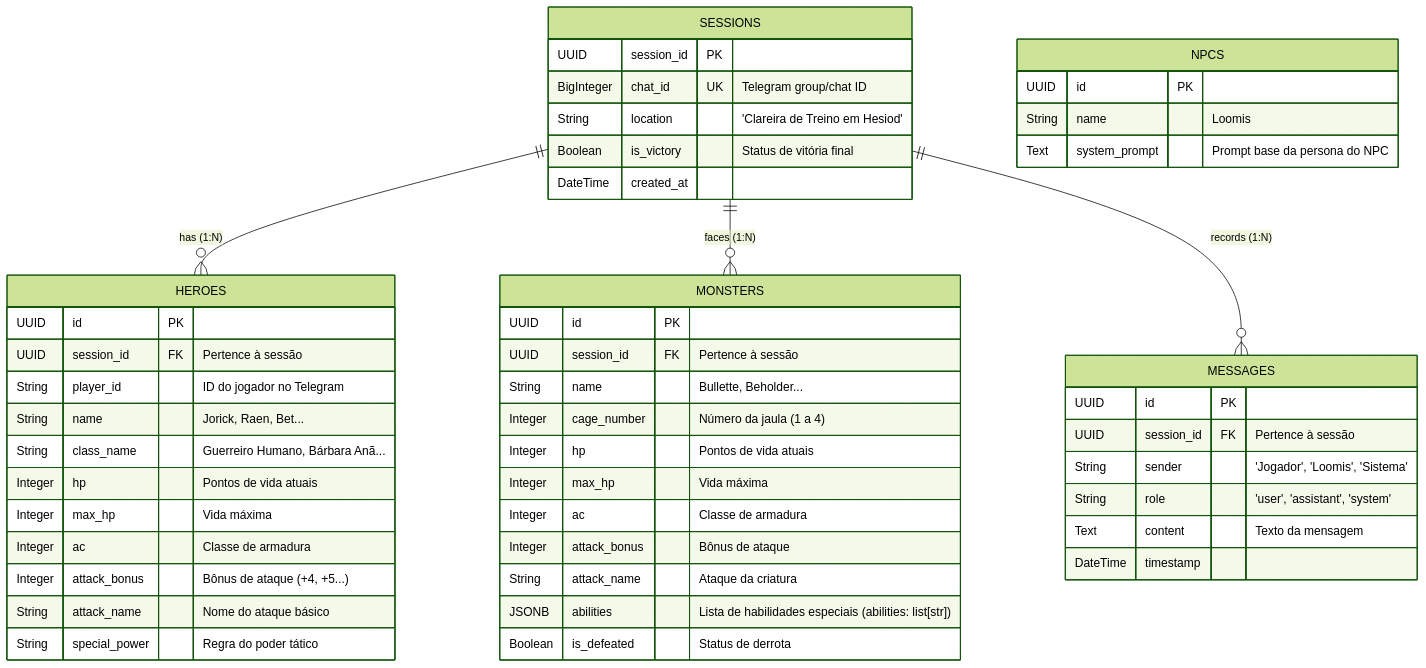
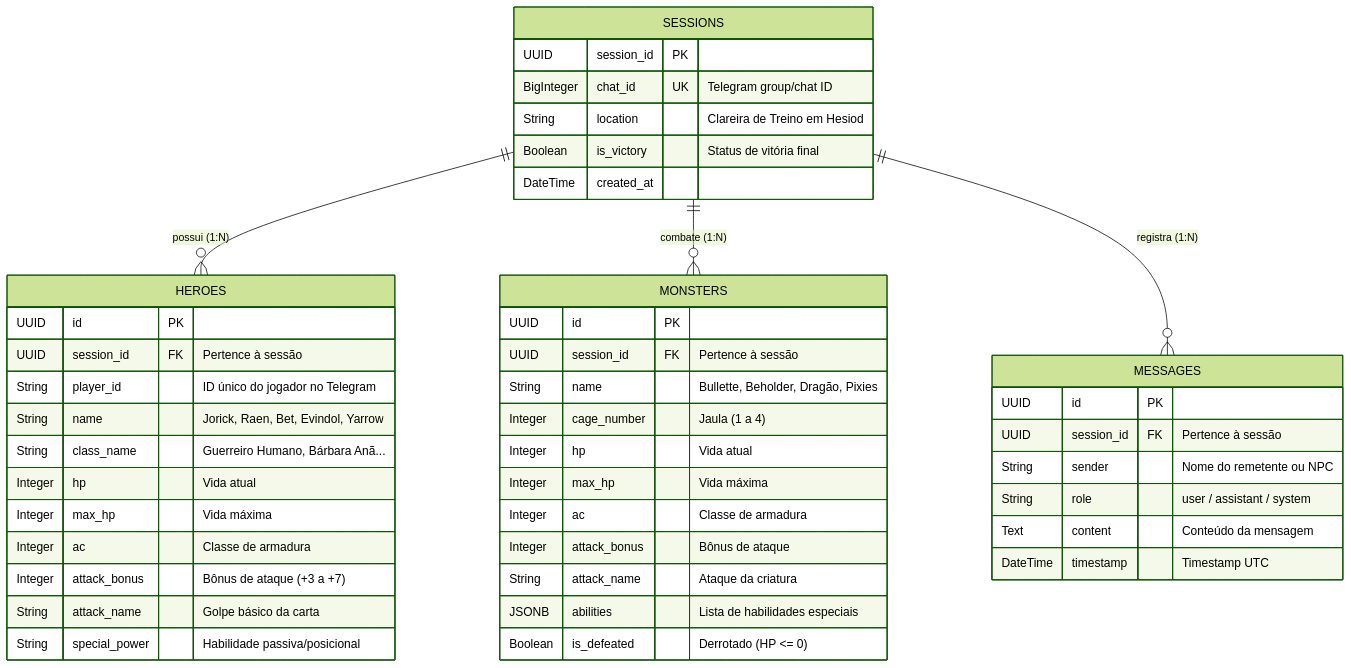
One commit to gradprojetos/ai-npc changed the third of 6 diagrams in docs/architecture.md. Above: the diagram before and after it, drawn with Mermaid (forest theme). The commit also changed other lines of this file and 4 other files, not shown here.

````diff
--- a/docs/architecture.md
+++ b/docs/architecture.md
@@ -125,57 +136,51 @@
 ```mermaid
 erDiagram
-    SESSIONS ||--o{ HEROES : "has (1:N)"
-    SESSIONS ||--o{ MONSTERS : "faces (1:N)"
-    SESSIONS ||--o{ MESSAGES : "records (1:N)"
+    SESSIONS ||--o{ HEROES : "possui (1:N)"
+    SESSIONS ||--o{ MONSTERS : "combate (1:N)"
+    SESSIONS ||--o{ MESSAGES : "registra (1:N)"
 
     SESSIONS {
         UUID session_id PK
         BigInteger chat_id UK "Telegram group/chat ID"
-        String location "'Clareira de Treino em Hesiod'"
+        String location "Clareira de Treino em Hesiod"
         Boolean is_victory "Status de vitória final"
         DateTime created_at
     }
 
     HEROES {
         UUID id PK
         UUID session_id FK "Pertence à sessão"
-        String player_id "ID do jogador no Telegram"
-        String name "Jorick, Raen, Bet..."
+        String player_id "ID único do jogador no Telegram"
+        String name "Jorick, Raen, Bet, Evindol, Yarrow"
         String class_name "Guerreiro Humano, Bárbara Anã..."
-        Integer hp "Pontos de vida atuais"
+        Integer hp "Vida atual"
         Integer max_hp "Vida máxima"
         Integer ac "Classe de armadura"
-        Integer attack_bonus "Bônus de ataque (+4, +5...)"
-        String attack_name "Nome do ataque básico"
-        String special_power "Regra do poder tático"
+        Integer attack_bonus "Bônus de ataque (+3 a +7)"
+        String attack_name "Golpe básico da carta"
+        String special_power "Habilidade passiva/posicional"
     }
 
     MONSTERS {
         UUID id PK
         UUID session_id FK "Pertence à sessão"
-        String name "Bullette, Beholder..."
-        Integer cage_number "Número da jaula (1 a 4)"
-        Integer hp "Pontos de vida atuais"
+        String name "Bullette, Beholder, Dragão, Pixies"
+        Integer cage_number "Jaula (1 a 4)"
+        Integer hp "Vida atual"
         Integer max_hp "Vida máxima"
         Integer ac "Classe de armadura"
         Integer attack_bonus "Bônus de ataque"
         String attack_name "Ataque da criatura"
-        JSONB abilities "Lista de habilidades especiais (abilities: list[str])"
-        Boolean is_defeated "Status de derrota"
+        JSONB abilities "Lista de habilidades especiais"
+        Boolean is_defeated "Derrotado (HP <= 0)"
     }
 
     MESSAGES {
         UUID id PK
         UUID session_id FK "Pertence à sessão"
-        String sender "'Jogador', 'Loomis', 'Sistema'"
-        String role "'user', 'assistant', 'system'"
-        Text content "Texto da mensagem"
-        DateTime timestamp
-    }
-
-    NPCS {
-        UUID id PK
-        String name "Loomis"
-        Text system_prompt "Prompt base da persona do NPC"
+        String sender "Nome do remetente ou NPC"
+        String role "user / assistant / system"
+        Text content "Conteúdo da mensagem"
+        DateTime timestamp "Timestamp UTC"
     }
 ```
````
